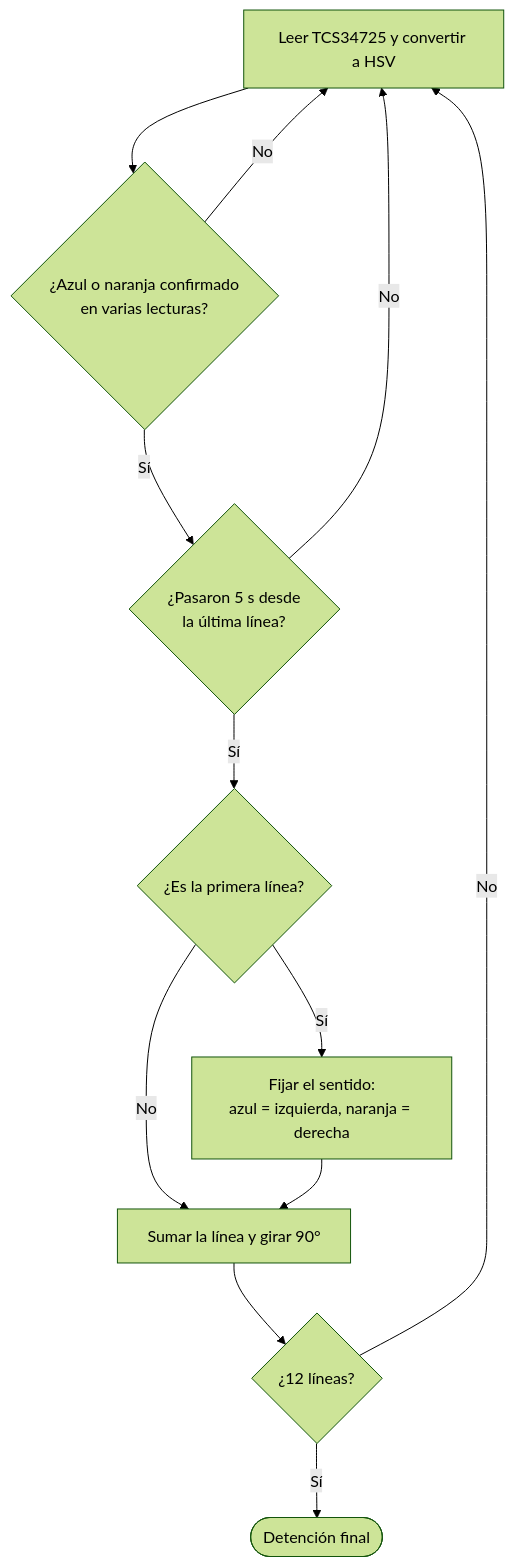
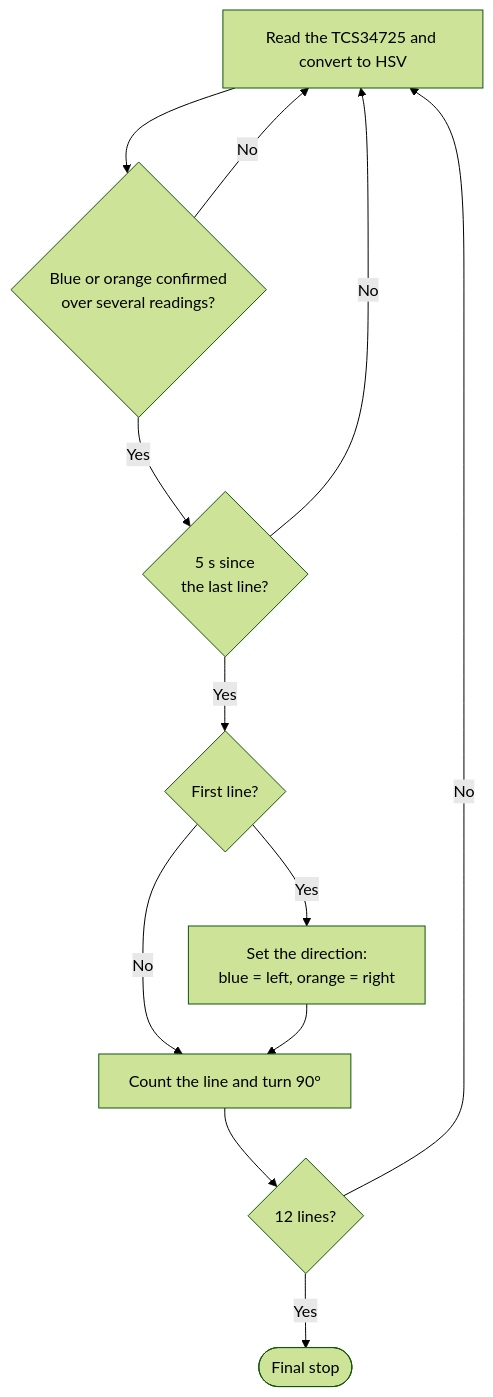
Before and after one commit to erchivox/Prometheus-Team-2026: diagram 12 of 18 in README.md, drawn with Mermaid (forest theme). The commit also changed other lines of this file and 8 other files, not shown here.

````diff
--- a/README.md
+++ b/README.md
@@ -1649,14 +1649,14 @@
 ```mermaid
 flowchart TD
-    L1["Leer TCS34725 y convertir a HSV"] --> L2{"¿Azul o naranja confirmado<br/>en varias lecturas?"}
+    L1["Read the TCS34725 and convert to HSV"] --> L2{"Blue or orange confirmed<br/>over several readings?"}
     L2 -- No --> L1
-    L2 -- Sí --> L3{"¿Pasaron 5 s desde<br/>la última línea?"}
+    L2 -- Yes --> L3{"5 s since<br/>the last line?"}
     L3 -- No --> L1
-    L3 -- Sí --> L4{"¿Es la primera línea?"}
-    L4 -- Sí --> L5["Fijar el sentido:<br/>azul = izquierda, naranja = derecha"]
+    L3 -- Yes --> L4{"First line?"}
+    L4 -- Yes --> L5["Set the direction:<br/>blue = left, orange = right"]
     L4 -- No --> L6
-    L5 --> L6["Sumar la línea y girar 90°"]
-    L6 --> L7{"¿12 líneas?"}
+    L5 --> L6["Count the line and turn 90°"]
+    L6 --> L7{"12 lines?"}
     L7 -- No --> L1
-    L7 -- Sí --> L8(["Detención final"])
+    L7 -- Yes --> L8(["Final stop"])
 ```
````
